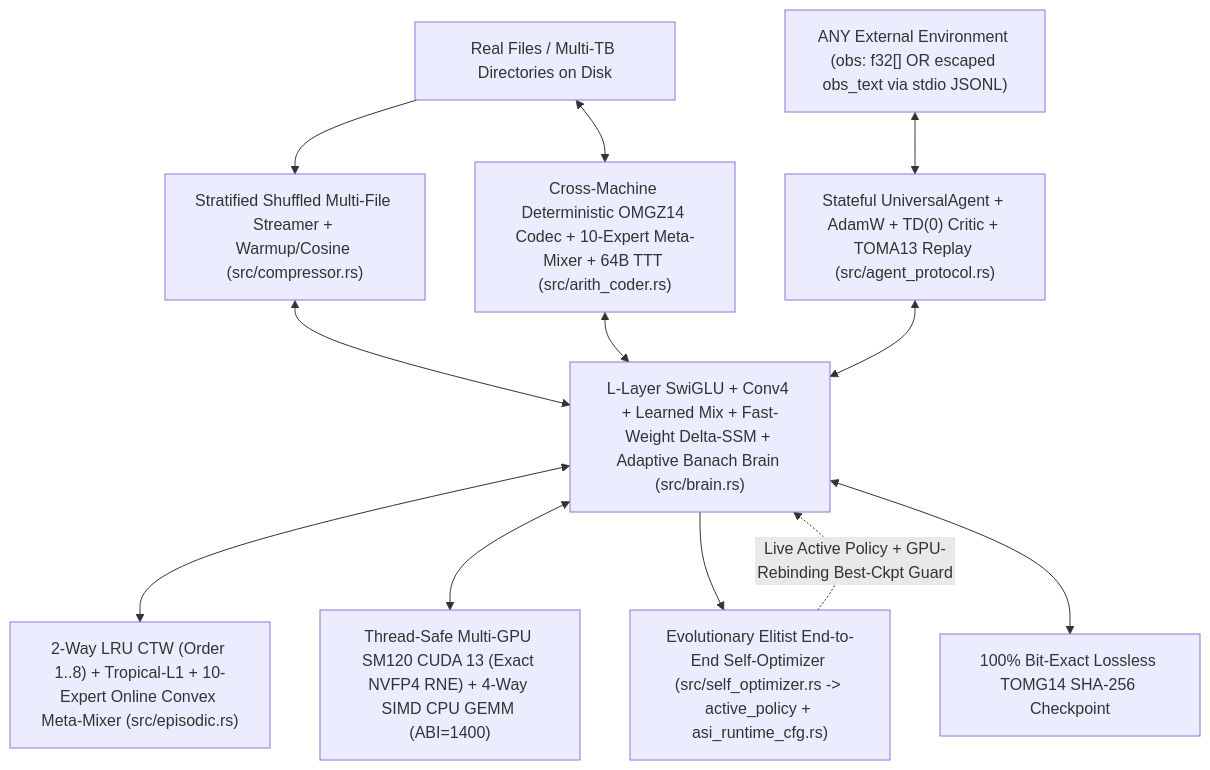
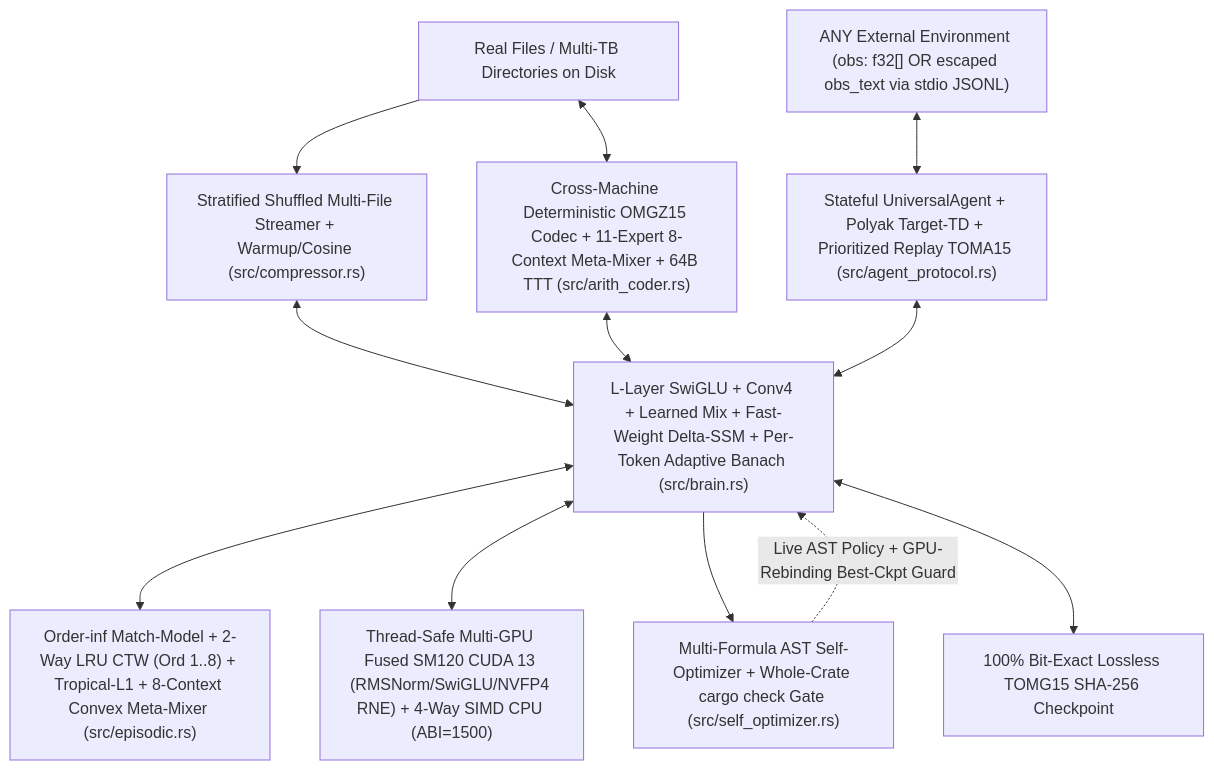
One commit to flwjfxm0004/Defi changed the diagram in 초지능/범용_초지능.md. Above: the diagram before and after it, drawn with Mermaid. The commit also changed other lines of this file and 16 other files, not shown here.

````diff
--- a/초지능/범용_초지능.md
+++ b/초지능/범용_초지능.md
@@ -34,14 +33,14 @@
 ```mermaid
 flowchart TD
     REAL["Real Files / Multi-TB Directories on Disk"] --> COMP["Stratified Shuffled Multi-File Streamer + Warmup/Cosine (src/compressor.rs)"]
-    REAL <--> CODEC["Cross-Machine Deterministic OMGZ14 Codec + 10-Expert Meta-Mixer + 64B TTT (src/arith_coder.rs)"]
-    EXT["ANY External Environment (obs: f32[] OR escaped obs_text via stdio JSONL)"] <--> AGENT["Stateful UniversalAgent + AdamW + TD(0) Critic + TOMA13 Replay (src/agent_protocol.rs)"]
-    COMP <--> BRAIN["L-Layer SwiGLU + Conv4 + Learned Mix + Fast-Weight Delta-SSM + Adaptive Banach Brain (src/brain.rs)"]
+    REAL <--> CODEC["Cross-Machine Deterministic OMGZ15 Codec + 11-Expert 8-Context Meta-Mixer + 64B TTT (src/arith_coder.rs)"]
+    EXT["ANY External Environment (obs: f32[] OR escaped obs_text via stdio JSONL)"] <--> AGENT["Stateful UniversalAgent + Polyak Target-TD + Prioritized Replay TOMA15 (src/agent_protocol.rs)"]
+    COMP <--> BRAIN["L-Layer SwiGLU + Conv4 + Learned Mix + Fast-Weight Delta-SSM + Per-Token Adaptive Banach (src/brain.rs)"]
     CODEC <--> BRAIN
     AGENT <--> BRAIN
-    BRAIN <--> MEM["2-Way LRU CTW (Order 1..8) + Tropical-L1 + 10-Expert Online Convex Meta-Mixer (src/episodic.rs)"]
-    BRAIN <--> GPU["Thread-Safe Multi-GPU SM120 CUDA 13 (Exact NVFP4 RNE) + 4-Way SIMD CPU GEMM (ABI=1400)"]
-    BRAIN --> OPT["Evolutionary Elitist End-to-End Self-Optimizer (src/self_optimizer.rs -> active_policy + asi_runtime_cfg.rs)"]
-    OPT -. "Live Active Policy + GPU-Rebinding Best-Ckpt Guard" .-> BRAIN
-    BRAIN <--> CKPT["100% Bit-Exact Lossless TOMG14 SHA-256 Checkpoint"]
+    BRAIN <--> MEM["Order-inf Match-Model + 2-Way LRU CTW (Ord 1..8) + Tropical-L1 + 8-Context Convex Meta-Mixer (src/episodic.rs)"]
+    BRAIN <--> GPU["Thread-Safe Multi-GPU Fused SM120 CUDA 13 (RMSNorm/SwiGLU/NVFP4 RNE) + 4-Way SIMD CPU (ABI=1500)"]
+    BRAIN --> OPT["Multi-Formula AST Self-Optimizer + Whole-Crate cargo check Gate (src/self_optimizer.rs)"]
+    OPT -. "Live AST Policy + GPU-Rebinding Best-Ckpt Guard" .-> BRAIN
+    BRAIN <--> CKPT["100% Bit-Exact Lossless TOMG15 SHA-256 Checkpoint"]
 ```
````
